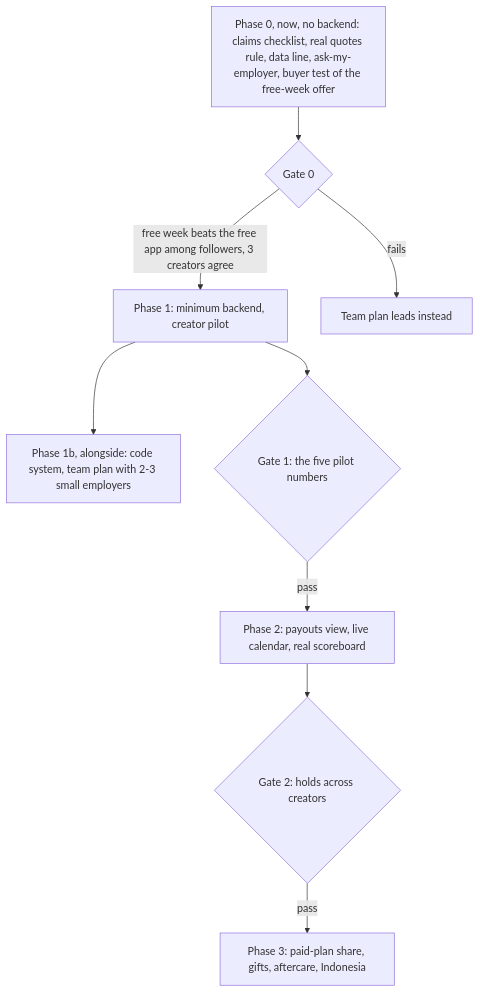
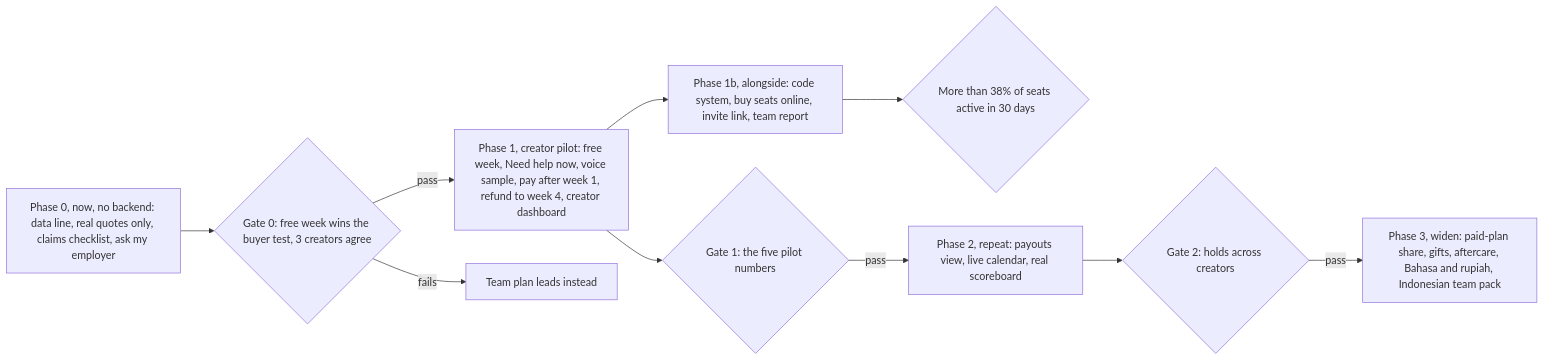
The sixth of 6 diagrams in docs/research/b2b2c/10-round-2.md (sandmanz26/aureliamobile), drawn with Mermaid before and after one commit. The commit also changed other lines of this file and 5 other files, not shown here.

First line of the commit message:
B2B2C: how it works — big picture, a journey per channel, before vs after, phases; diagrams in the report and the wiki (U133, J184)

````diff
--- a/docs/research/b2b2c/10-round-2.md
+++ b/docs/research/b2b2c/10-round-2.md
@@ -88,11 +151,12 @@
 ```mermaid
-flowchart TD
-  P0[Phase 0, now, no backend: claims checklist, real quotes rule, data line, ask-my-employer, buyer test of the free-week offer] --> G0{Gate 0}
-  G0 -->|free week beats the free app among followers, 3 creators agree| P1[Phase 1: minimum backend, creator pilot]
+flowchart LR
+  P0[Phase 0, now, no backend: data line, real quotes only, claims checklist, ask my employer] --> G0{Gate 0: free week wins the buyer test, 3 creators agree}
+  G0 -->|pass| P1[Phase 1, creator pilot: free week, Need help now, voice sample, pay after week 1, refund to week 4, creator dashboard]
   G0 -->|fails| R0[Team plan leads instead]
-  P1 --> P1b[Phase 1b, alongside: code system, team plan with 2-3 small employers]
+  P1 --> P1b[Phase 1b, alongside: code system, buy seats online, invite link, team report]
+  P1b --> G1b{More than 38% of seats active in 30 days}
   P1 --> G1{Gate 1: the five pilot numbers}
-  G1 -->|pass| P2[Phase 2: payouts view, live calendar, real scoreboard]
+  G1 -->|pass| P2[Phase 2, repeat: payouts view, live calendar, real scoreboard]
   P2 --> G2{Gate 2: holds across creators}
-  G2 -->|pass| P3[Phase 3: paid-plan share, gifts, aftercare, Indonesia]
+  G2 -->|pass| P3[Phase 3, widen: paid-plan share, gifts, aftercare, Bahasa and rupiah, Indonesian team pack]
 ```
````
